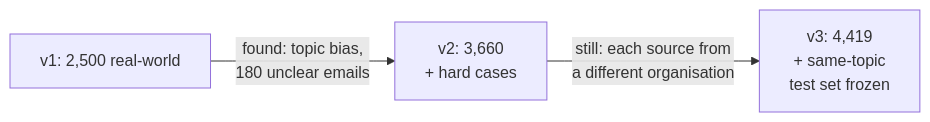
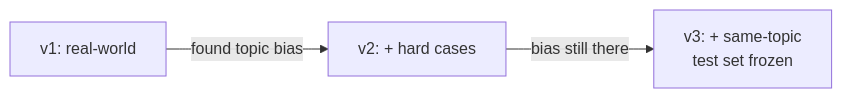
Before and after one commit to saramamatha19/AetherionPrism: the third of 7 diagrams in README.md, drawn with Mermaid. The commit also changed other lines of this file and 1 other file, not shown here.

````diff
--- a/README.md
+++ b/README.md
@@ -77,4 +56,4 @@
 ```mermaid
 flowchart LR
-    V1["v1: 2,500 real-world"] -- "found: topic bias,<br/>180 unclear emails" --> V2["v2: 3,660<br/>+ hard cases"] -- "still: each source from<br/>a different organisation" --> V3["v3: 4,419<br/>+ same-topic<br/>test set frozen"]
+    V1["v1: real-world"] -- "found topic bias" --> V2["v2: + hard cases"] -- "bias still there" --> V3["v3: + same-topic<br/>test set frozen"]
 ```
````
